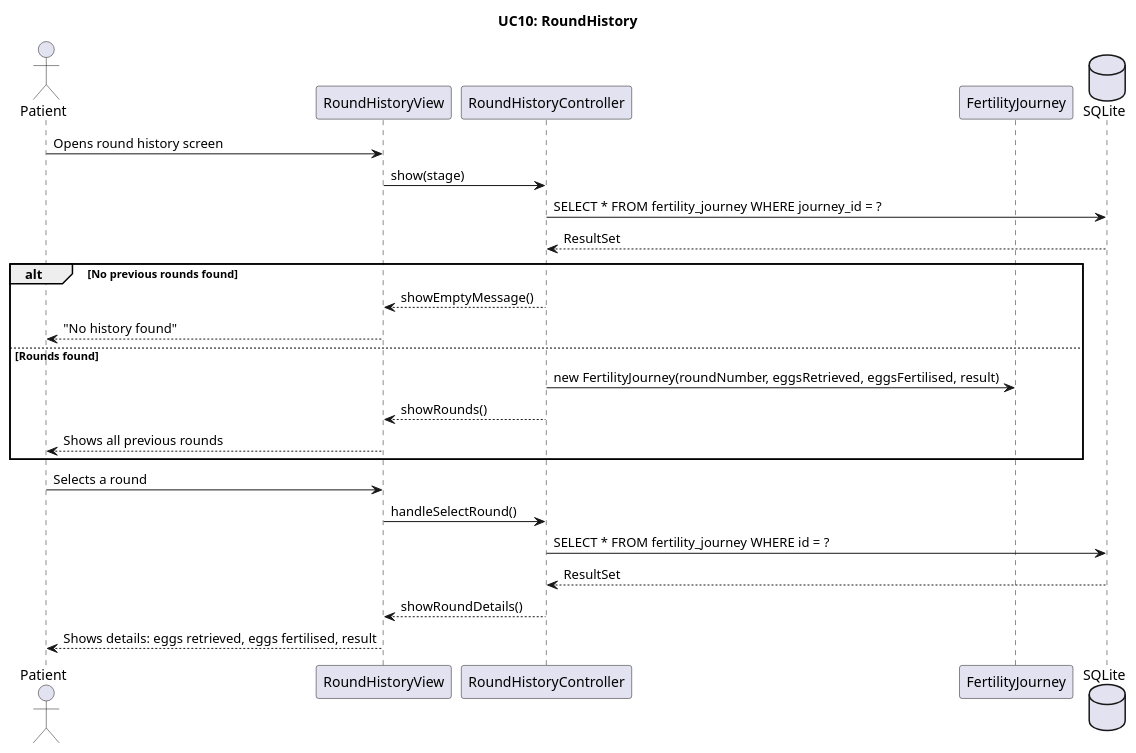
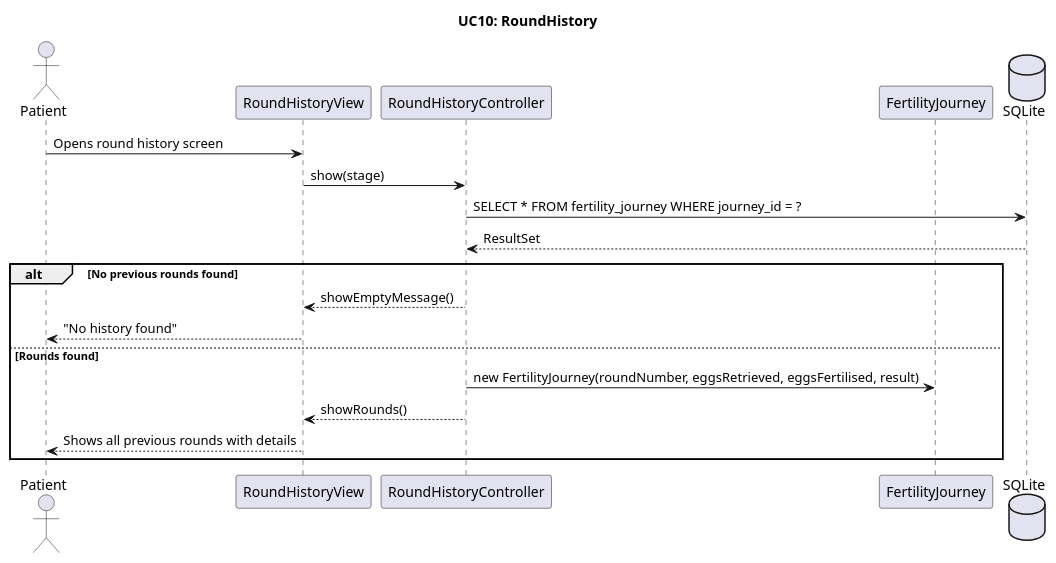
The diagram in doc/dynamic/UC10 - RoundHistoryController.puml (BesimaP/SP4---MiniSP), drawn with PlantUML before and after one commit. The commit also changed 6 other files, not shown here.

```diff
--- a/doc/dynamic/UC10 - RoundHistoryController.puml
+++ b/doc/dynamic/UC10 - RoundHistoryController.puml
@@ -1,33 +1,26 @@
 @startuml
 !pragma layout smetana
 
 title UC10: RoundHistory
 
 actor "Patient" as u
 participant "RoundHistoryView" as v
 participant "RoundHistoryController" as c
 participant "FertilityJourney" as m
 database "SQLite" as db
 
 u -> v : Opens round history screen
 v -> c : show(stage)
 c -> db : SELECT * FROM fertility_journey WHERE journey_id = ?
 db --> c : ResultSet
 
 alt No previous rounds found
   c --> v : showEmptyMessage()
   v --> u : "No history found"
 else Rounds found
   c -> m : new FertilityJourney(roundNumber, eggsRetrieved, eggsFertilised, result)
   c --> v : showRounds()
-  v --> u : Shows all previous rounds
+  v --> u : Shows all previous rounds with details
 end
 
-u -> v : Selects a round
-v -> c : handleSelectRound()
-c -> db : SELECT * FROM fertility_journey WHERE id = ?
-db --> c : ResultSet
-c --> v : showRoundDetails()
-v --> u : Shows details: eggs retrieved, eggs fertilised, result
-
 @enduml
```
